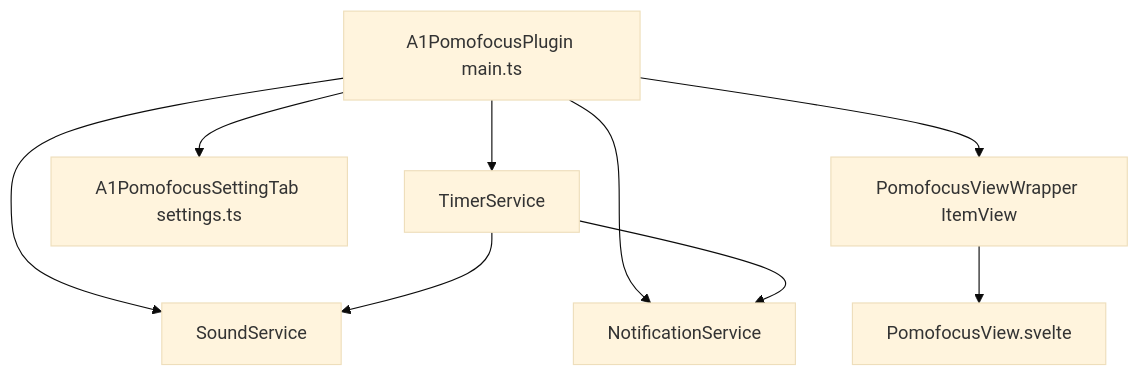
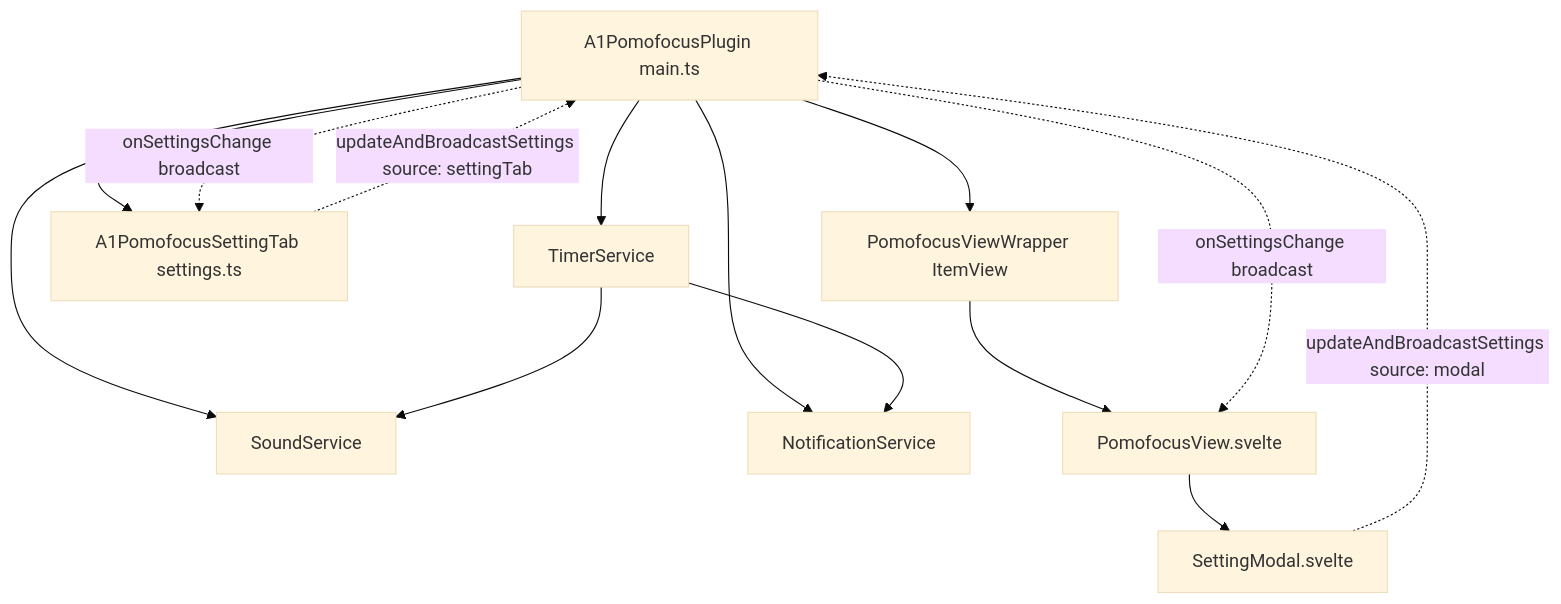
Before and after one commit to 2607044640/fluent-pomofocus: the diagram in _Architecture.md, drawn with Mermaid (base theme). The commit also changed other lines of this file and 1 other file, not shown here.

Commit message:
docs: formalize _README.md and _Architecture.md per InstructionDesignPrinciples with dual settings sync invariant

````diff
--- a/_Architecture.md
+++ b/_Architecture.md
@@ -9,11 +9,17 @@
 ```mermaid
 graph TD
     Plugin[A1PomofocusPlugin main.ts] --> TimerService[TimerService]
     Plugin --> SoundService[SoundService]
     Plugin --> NotificationService[NotificationService]
     Plugin --> SettingTab[A1PomofocusSettingTab settings.ts]
     Plugin --> ViewWrapper[PomofocusViewWrapper ItemView]
-    ViewWrapper --> SvelteRoot[PomofocusView.svelte]
+    ViewWrapper --> View[PomofocusView.svelte]
+    View --> Modal[SettingModal.svelte]
     TimerService --> SoundService
     TimerService --> NotificationService
+
+    Modal -.->|updateAndBroadcastSettings source: modal| Plugin
+    SettingTab -.->|updateAndBroadcastSettings source: settingTab| Plugin
+    Plugin -.->|onSettingsChange broadcast| SettingTab
+    Plugin -.->|onSettingsChange broadcast| View
 ```
````
